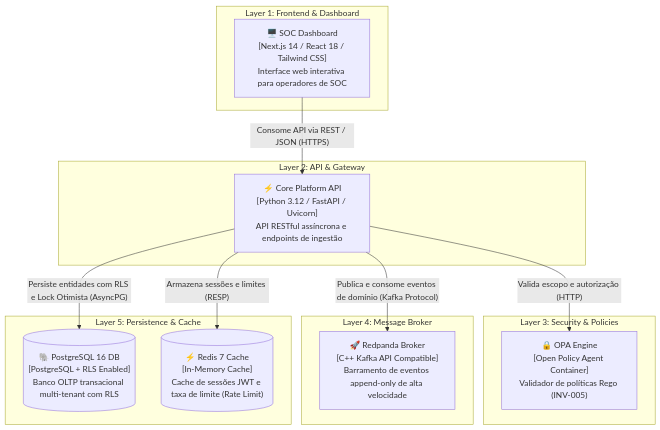
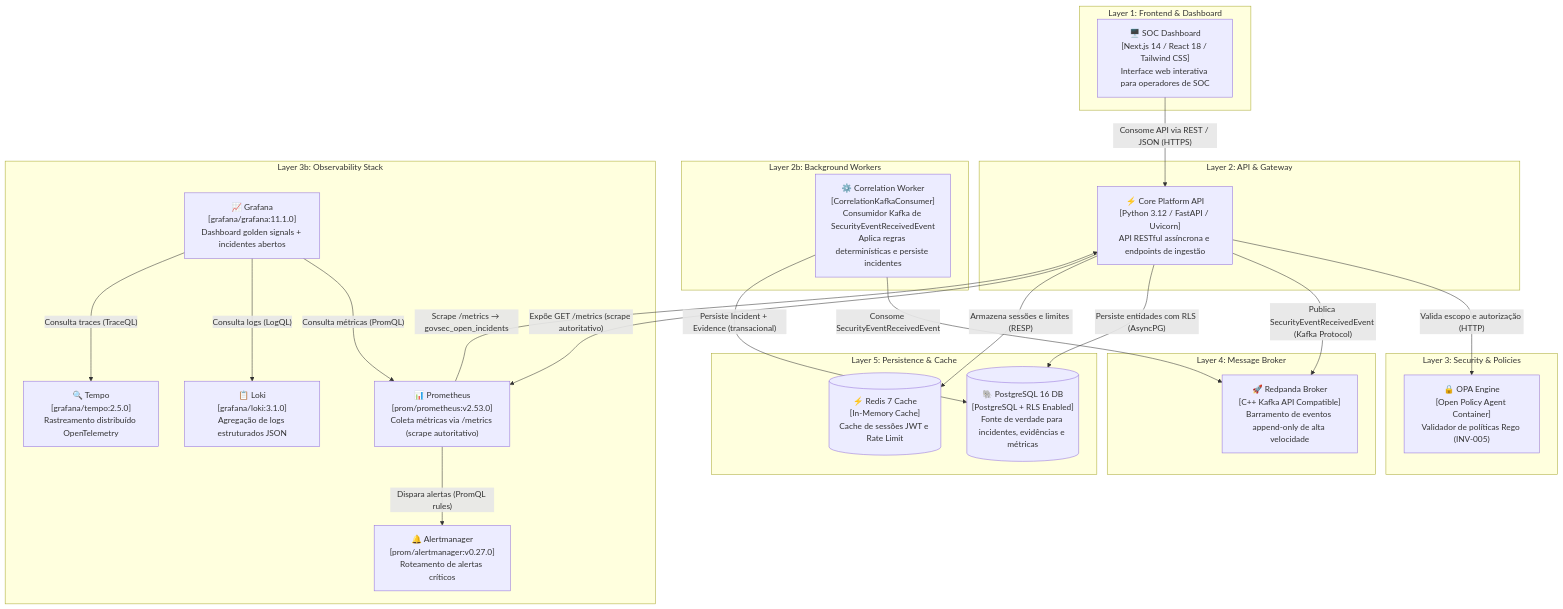
One commit to MatheusAGoveia/Prefeitura-antiHack2 changed the second of 3 diagrams in docs/architecture/c4-diagrams.md. Above: the diagram before and after it, drawn with Mermaid. The commit also changed other lines of this file and 2 other files, not shown here.

````diff
--- a/docs/architecture/c4-diagrams.md
+++ b/docs/architecture/c4-diagrams.md
@@ -36,29 +36,49 @@
 ```mermaid
 graph TD
     subgraph FrontendLayer ["Layer 1: Frontend & Dashboard"]
         dashboard_web["🖥️ SOC Dashboard<br/>[Next.js 14 / React 18 / Tailwind CSS]<br/>Interface web interativa para operadores de SOC"]
     end
 
     subgraph ApiGatewayLayer ["Layer 2: API & Gateway"]
         fastapi_app["⚡ Core Platform API<br/>[Python 3.12 / FastAPI / Uvicorn]<br/>API RESTful assíncrona e endpoints de ingestão"]
     end
 
+    subgraph WorkerLayer ["Layer 2b: Background Workers"]
+        corr_worker["⚙️ Correlation Worker<br/>[CorrelationKafkaConsumer]<br/>Consumidor Kafka de SecurityEventReceivedEvent<br/>Aplica regras determinísticas e persiste incidentes"]
+    end
+
     subgraph SecurityKernelLayer ["Layer 3: Security & Policies"]
         opa_container["🔒 OPA Engine<br/>[Open Policy Agent Container]<br/>Validador de políticas Rego (INV-005)"]
+    end
+
+    subgraph ObservabilityLayer ["Layer 3b: Observability Stack"]
+        prometheus["📊 Prometheus<br/>[prom/prometheus:v2.53.0]<br/>Coleta métricas via /metrics (scrape autoritativo)"]
+        grafana["📈 Grafana<br/>[grafana/grafana:11.1.0]<br/>Dashboard golden signals + incidentes abertos"]
+        loki["📋 Loki<br/>[grafana/loki:3.1.0]<br/>Agregação de logs estruturados JSON"]
+        tempo["🔍 Tempo<br/>[grafana/tempo:2.5.0]<br/>Rastreamento distribuído OpenTelemetry"]
+        alertmanager["🔔 Alertmanager<br/>[prom/alertmanager:v0.27.0]<br/>Roteamento de alertas críticos"]
     end
 
     subgraph BrokerLayer ["Layer 4: Message Broker"]
         redpanda_broker["🚀 Redpanda Broker<br/>[C++ Kafka API Compatible]<br/>Barramento de eventos append-only de alta velocidade"]
     end
 
     subgraph StorageLayer ["Layer 5: Persistence & Cache"]
-        postgres_db[("🐘 PostgreSQL 16 DB<br/>[PostgreSQL + RLS Enabled]<br/>Banco OLTP transacional multi-tenant com RLS")]
-        redis_cache[("⚡ Redis 7 Cache<br/>[In-Memory Cache]<br/>Cache de sessões JWT e taxa de limite (Rate Limit)")]
+        postgres_db[("🐘 PostgreSQL 16 DB<br/>[PostgreSQL + RLS Enabled]<br/>Fonte de verdade para incidentes, evidências e métricas")]
+        redis_cache[("⚡ Redis 7 Cache<br/>[In-Memory Cache]<br/>Cache de sessões JWT e Rate Limit")]
     end
 
     dashboard_web -->|"Consome API via REST / JSON (HTTPS)"| fastapi_app
     fastapi_app -->|"Valida escopo e autorização (HTTP)"| opa_container
-    fastapi_app -->|"Publica e consome eventos de domínio (Kafka Protocol)"| redpanda_broker
-    fastapi_app -->|"Persiste entidades com RLS e Lock Otimista (AsyncPG)"| postgres_db
+    fastapi_app -->|"Publica SecurityEventReceivedEvent (Kafka Protocol)"| redpanda_broker
+    fastapi_app -->|"Persiste entidades com RLS (AsyncPG)"| postgres_db
     fastapi_app -->|"Armazena sessões e limites (RESP)"| redis_cache
+    fastapi_app -->|"Expõe GET /metrics (scrape autoritativo)"| prometheus
+    corr_worker -->|"Consome SecurityEventReceivedEvent"| redpanda_broker
+    corr_worker -->|"Persiste Incident + Evidence (transacional)"| postgres_db
+    prometheus -->|"Scrape /metrics → govsec_open_incidents"| fastapi_app
+    prometheus -->|"Dispara alertas (PromQL rules)"| alertmanager
+    grafana -->|"Consulta métricas (PromQL)"| prometheus
+    grafana -->|"Consulta logs (LogQL)"| loki
+    grafana -->|"Consulta traces (TraceQL)"| tempo
 ```
````
